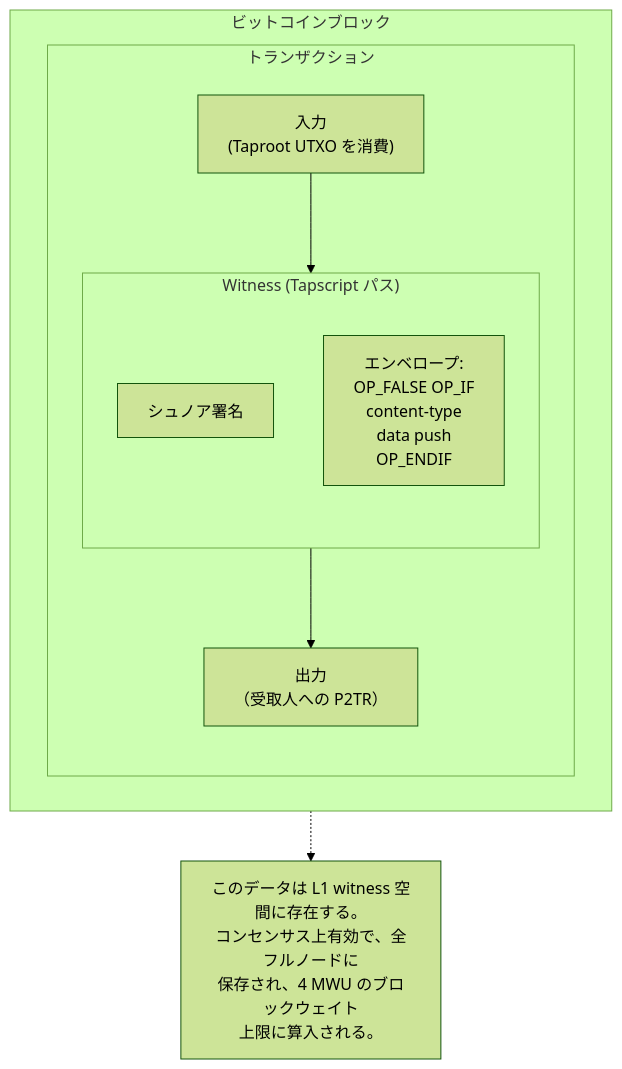
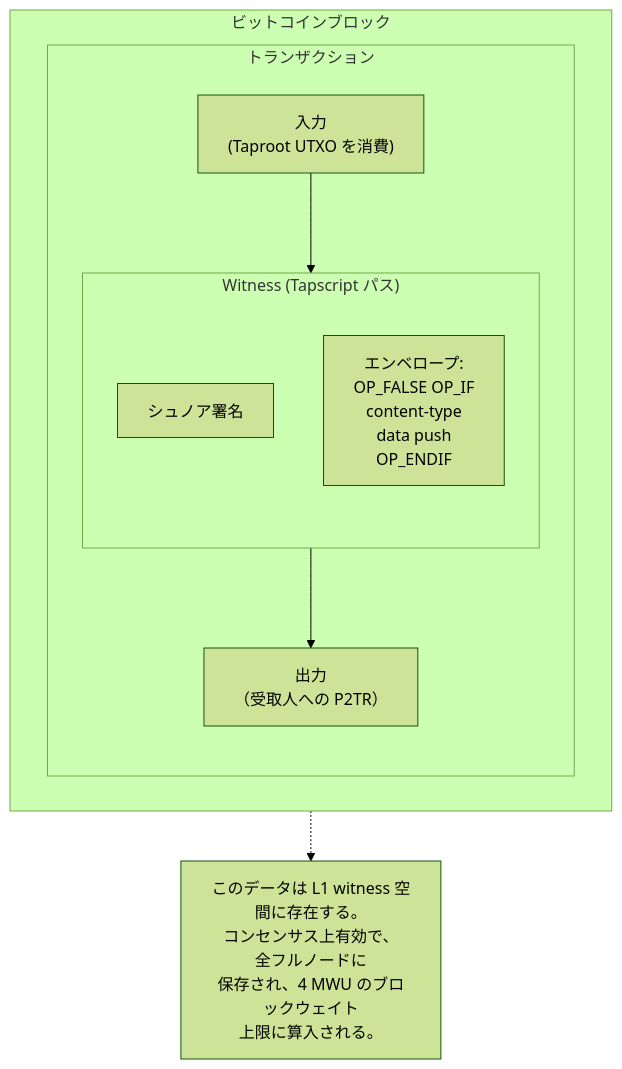
One commit to cypher256/BitcoinArchive changed the fifth of 6 diagrams in src/data/translations/ja/design/2009-01-03-bitcoin-ecosystem-design.md. Above: the diagram before and after it, drawn with Mermaid (forest theme). The commit also changed other lines of this file and 11 other files, not shown here.

First line of the commit message:
JA Mermaid labels: wrap long CJK labels (mermaid-ja-wrap, 12 design docs)

````diff
--- a/src/data/translations/ja/design/2009-01-03-bitcoin-ecosystem-design.md
+++ b/src/data/translations/ja/design/2009-01-03-bitcoin-ecosystem-design.md
@@ -212,19 +212,19 @@
 ```mermaid
 flowchart TB
     subgraph BLOCK["ビットコインブロック"]
         subgraph TX["トランザクション"]
             IN["入力<br/>(Taproot UTXO を消費)"]
             subgraph WIT["Witness (Tapscript パス)"]
                 SIG["シュノア署名"]
                 ENVELOPE["エンベロープ:<br/>OP_FALSE OP_IF<br/>  content-type<br/>  data push<br/>OP_ENDIF"]
             end
             OUT["出力<br/>（受取人への P2TR）"]
         end
     end
 
     IN --> WIT
     WIT --> OUT
 
-    NOTE["このデータは L1 witness 空間に存在する。<br/>コンセンサス上有効で、全フルノードに<br/>保存され、4 MWU のブロックウェイト<br/>上限に算入される。"]
+    NOTE["このデータは L1 witness 空間に存在する。<br/>コンセンサス上有効で、<br/>全フルノードに<br/>保存され、4 MWU のブロックウェイト<br/>上限に算入される。"]
     BLOCK -.-> NOTE
 ```
````
